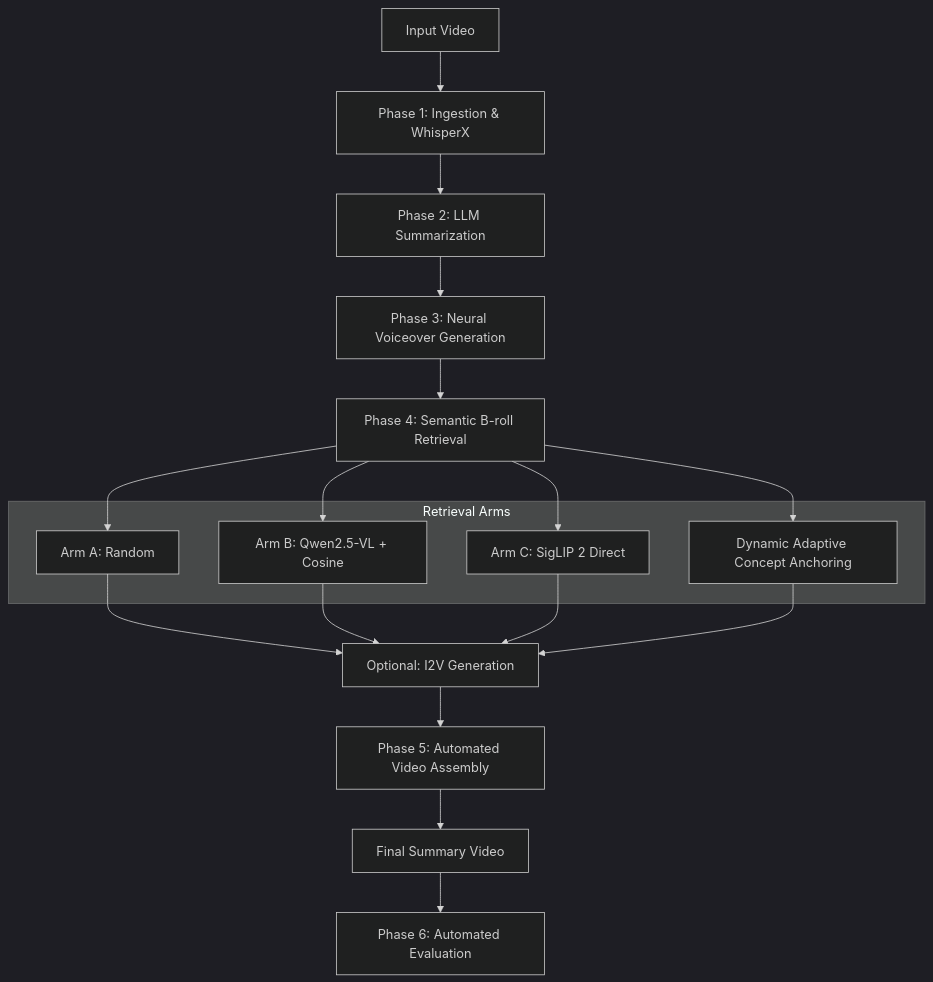
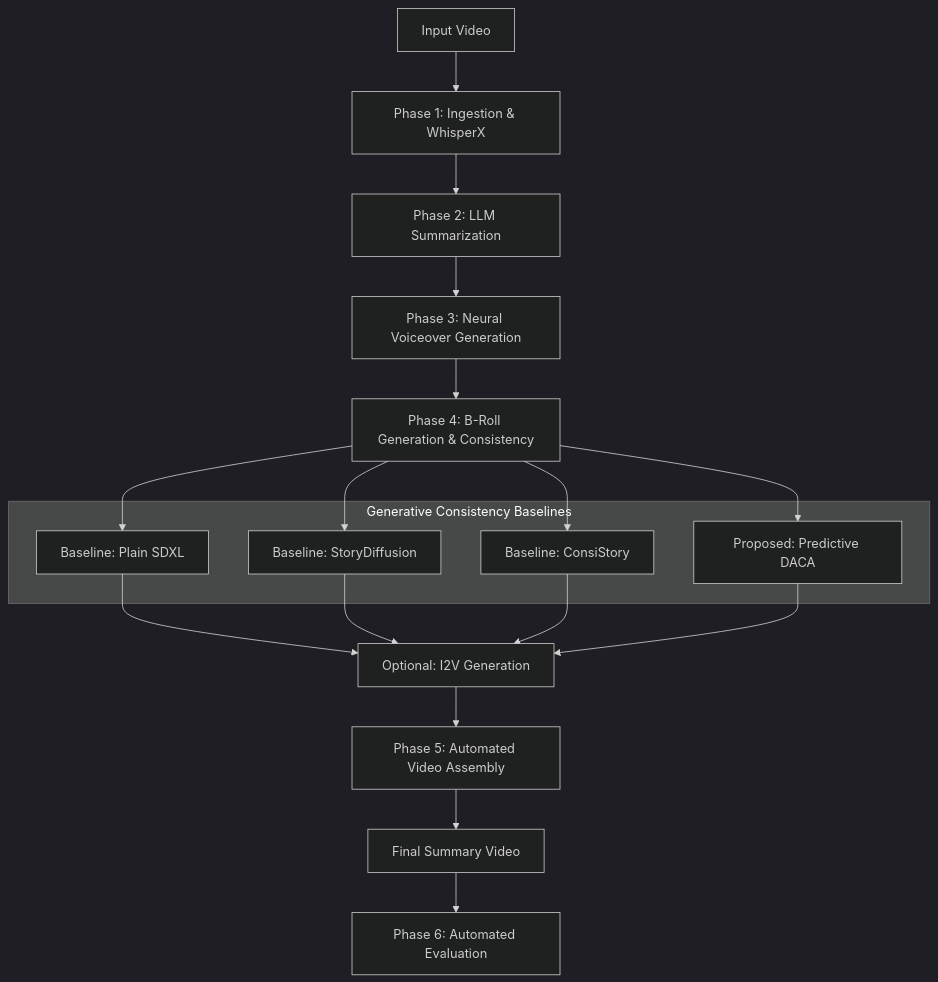
One commit to jbrandons13/SummarizerAI changed the diagram in README.md. Above: the diagram before and after it, drawn with Mermaid (dark theme). The commit also changed other lines of this file, not shown here.

Commit message:
docs: correct architecture diagram to reflect generative consistency phase

````diff
--- a/README.md
+++ b/README.md
@@ -43,20 +43,20 @@
 ```mermaid
 graph TD
     A[Input Video] --> B[Phase 1: Ingestion & WhisperX]
     B --> C[Phase 2: LLM Summarization]
     C --> D[Phase 3: Neural Voiceover Generation]
-    D --> E[Phase 4: Semantic B-roll Retrieval]
+    D --> E[Phase 4: B-Roll Generation & Consistency]
     
-    subgraph "Retrieval Arms"
-        E1[Arm A: Random]
-        E2[Arm B: Qwen2.5-VL + Cosine]
-        E3[Arm C: SigLIP 2 Direct]
-        E4[Dynamic Adaptive Concept Anchoring]
+    subgraph "Generative Consistency Baselines"
+        E1[Baseline: Plain SDXL]
+        E2[Baseline: StoryDiffusion]
+        E3[Baseline: ConsiStory]
+        E4[Proposed: Predictive DACA]
     end
     E --> E1 & E2 & E3 & E4
     
     E1 & E2 & E3 & E4 --> E5[Optional: I2V Generation]
     E5 --> F[Phase 5: Automated Video Assembly]
     F --> G[Final Summary Video]
     G --> H[Phase 6: Automated Evaluation]
 ```
````
